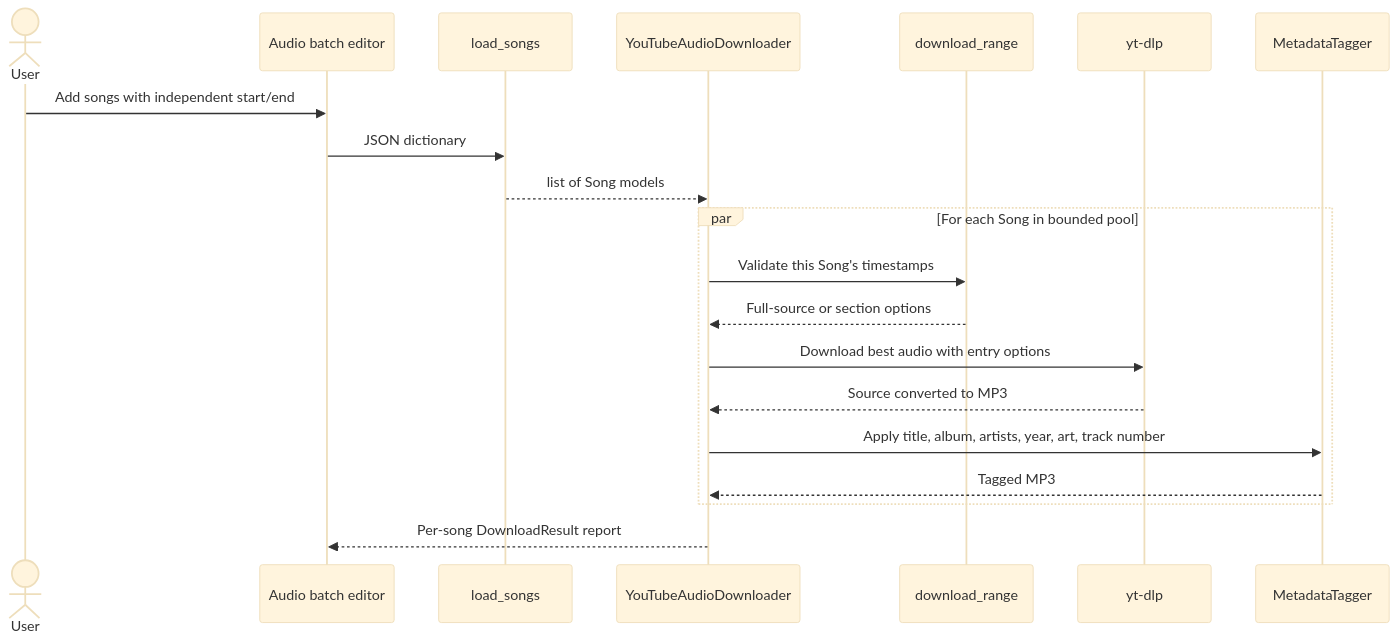
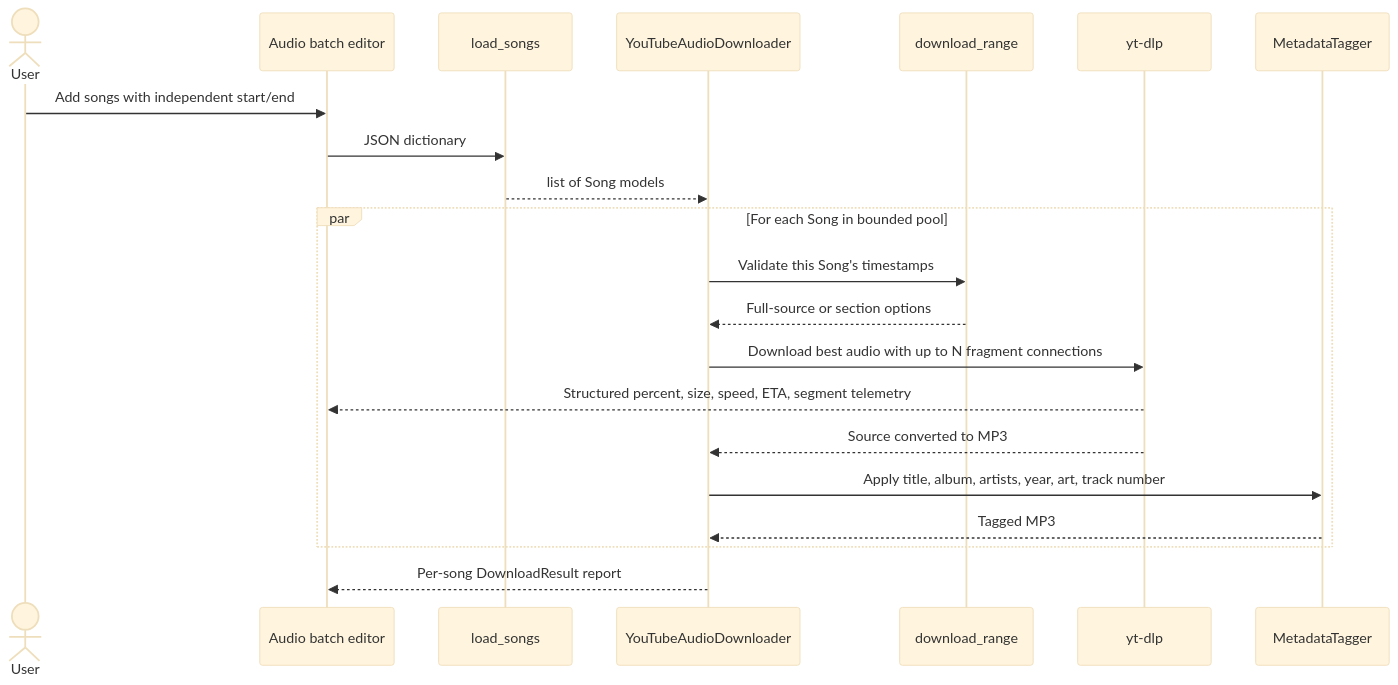
Before and after one commit to DhimanGhosh/YouTube_Media_Studio: the second of 13 diagrams in docs/WORKFLOW_DESIGNS.md, drawn with Mermaid (base theme). The commit also changed other lines of this file and 44 other files, not shown here.

First line of the commit message:
feat: add parallel download telemetry and library deletion

````diff
--- a/docs/WORKFLOW_DESIGNS.md
+++ b/docs/WORKFLOW_DESIGNS.md
@@ -36,23 +38,24 @@
 ```mermaid
 sequenceDiagram
     actor User
     participant Editor as Audio batch editor
     participant Loader as load_songs
     participant Service as YouTubeAudioDownloader
     participant Range as download_range
     participant YTDLP as yt-dlp
     participant Tagger as MetadataTagger
 
     User->>Editor: Add songs with independent start/end
     Editor->>Loader: JSON dictionary
     Loader-->>Service: list of Song models
     par For each Song in bounded pool
         Service->>Range: Validate this Song's timestamps
         Range-->>Service: Full-source or section options
-        Service->>YTDLP: Download best audio with entry options
+        Service->>YTDLP: Download best audio with up to N fragment connections
+        YTDLP-->>Editor: Structured percent, size, speed, ETA, segment telemetry
         YTDLP-->>Service: Source converted to MP3
         Service->>Tagger: Apply title, album, artists, year, art, track number
         Tagger-->>Service: Tagged MP3
     end
     Service-->>Editor: Per-song DownloadResult report
 ```
````
